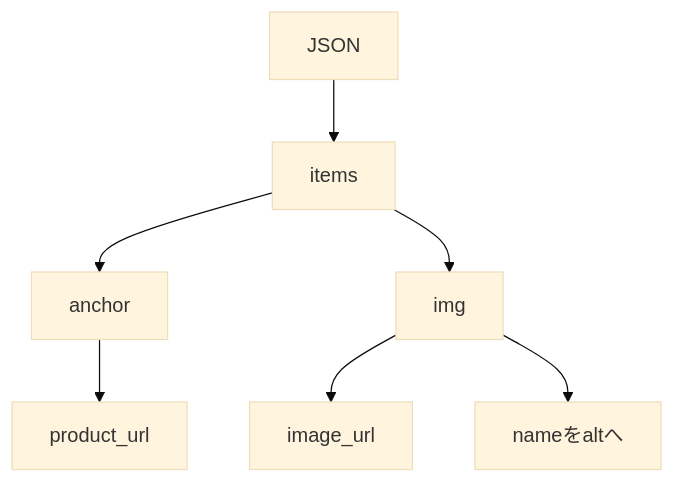
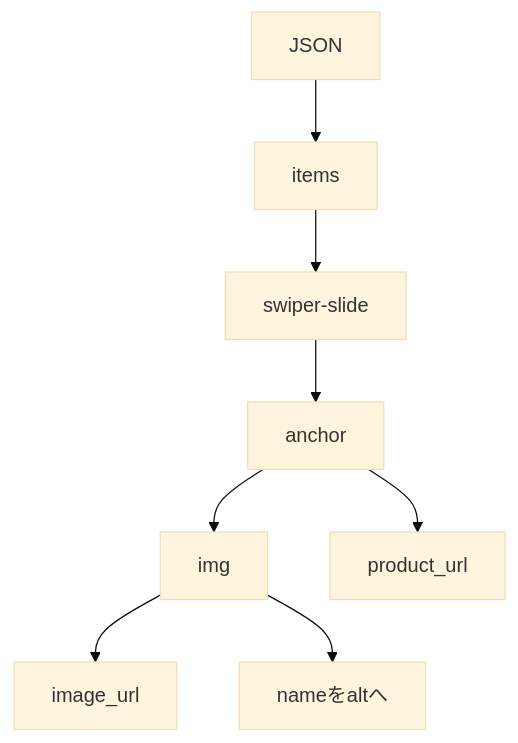
Before and after one commit to vibe-coding-world/musekinin-recipe-chapdaddy: the third of 6 diagrams in docs/設計_下部ECカルーセル.md, drawn with Mermaid (base theme). The commit also changed other lines of this file and 3 other files, not shown here.

````diff
--- a/docs/設計_下部ECカルーセル.md
+++ b/docs/設計_下部ECカルーセル.md
@@ -28,9 +39,10 @@
 ```mermaid
 flowchart TD
   A[JSON] --> B[items]
-  B --> C[anchor]
-  B --> D[img]
-  C --> E[product_url]
-  D --> F[image_url]
-  D --> G[nameをaltへ]
+  B --> C[swiper-slide]
+  C --> D[anchor]
+  D --> E[img]
+  D --> F[product_url]
+  E --> G[image_url]
+  E --> H[nameをaltへ]
 ```
````
